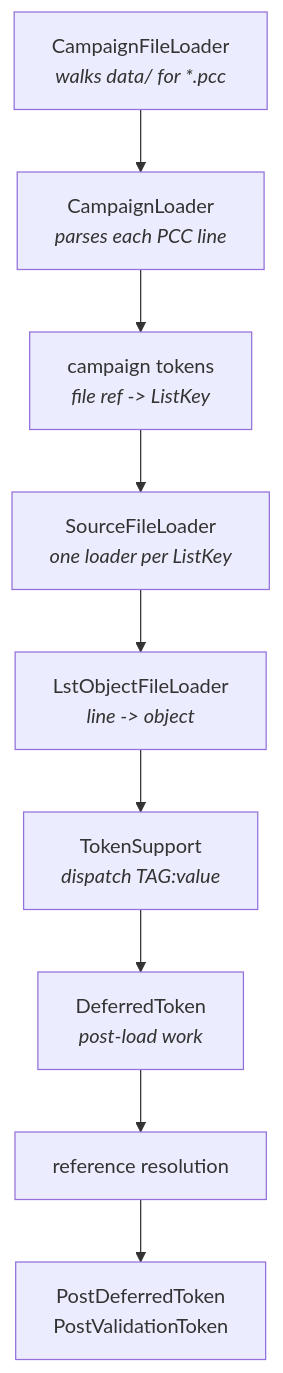
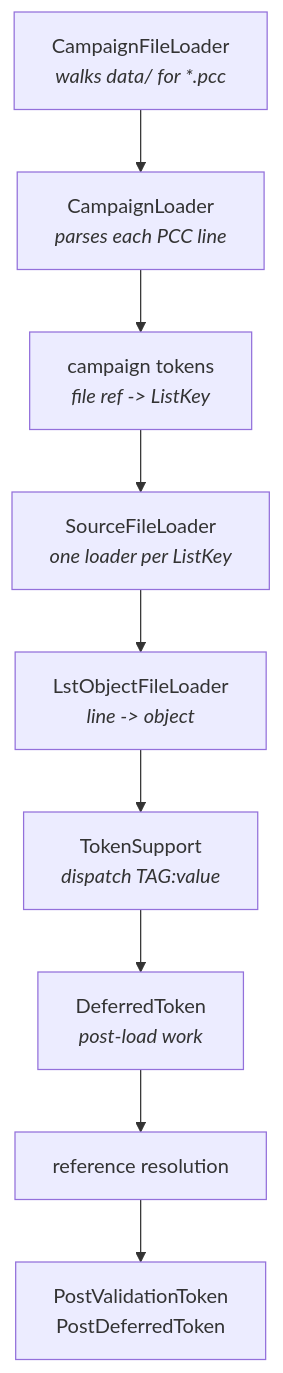
Before and after one commit to shnaps/pcgen-handbook: the diagram in docs/internals/load-pipeline.md, drawn with Mermaid. The commit also changed other lines of this file and 4 other files, not shown here.

````diff
--- a/docs/internals/load-pipeline.md
+++ b/docs/internals/load-pipeline.md
@@ -16,11 +16,11 @@
 ```mermaid
 flowchart TD
     A["CampaignFileLoader<br/><i>walks data/ for *.pcc</i>"] --> B["CampaignLoader<br/><i>parses each PCC line</i>"]
     B --> C["campaign tokens<br/><i>file ref -&gt; ListKey</i>"]
     C --> D["SourceFileLoader<br/><i>one loader per ListKey</i>"]
     D --> E["LstObjectFileLoader<br/><i>line -&gt; object</i>"]
     E --> F["TokenSupport<br/><i>dispatch TAG:value</i>"]
     F --> G["DeferredToken<br/><i>post-load work</i>"]
     G --> H["reference resolution"]
-    H --> I["PostDeferredToken<br/>PostValidationToken"]
+    H --> I["PostValidationToken<br/>PostDeferredToken"]
 ```
````
